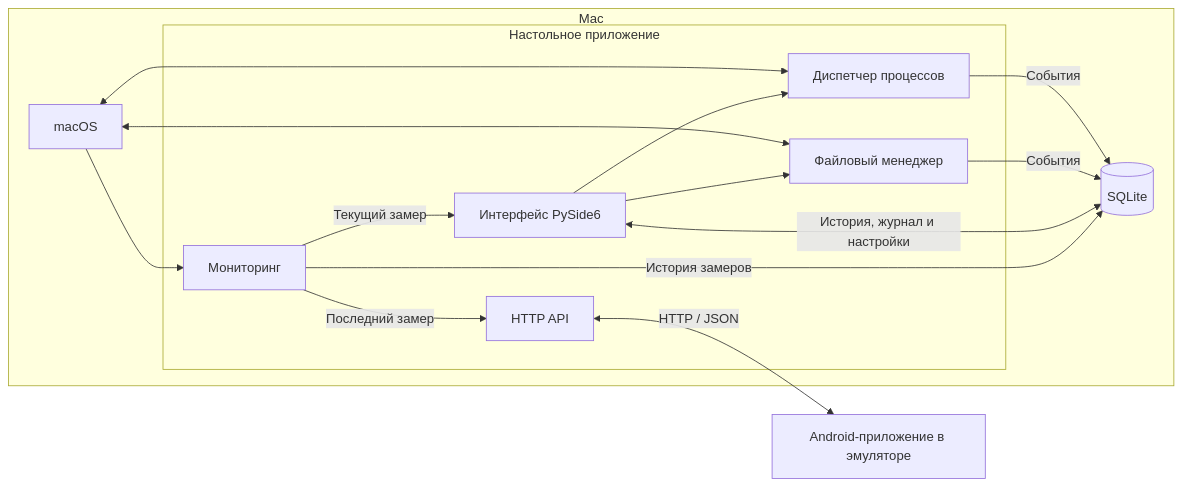
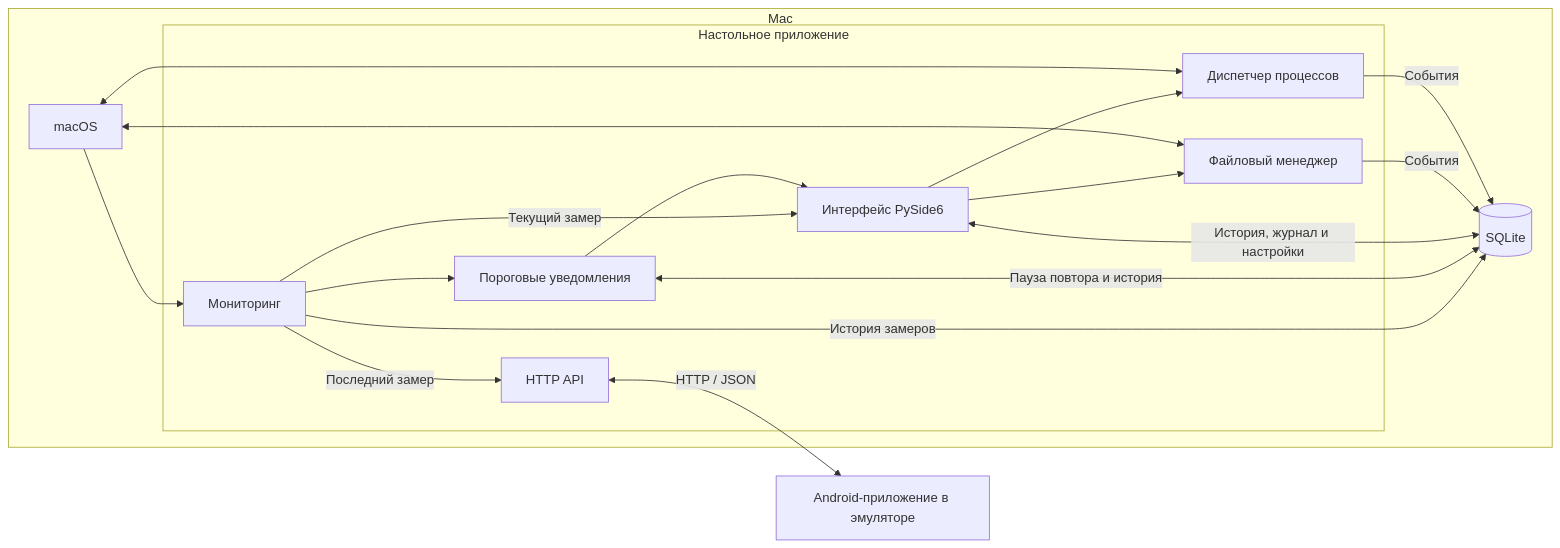
Before and after one commit to Koryza/practika-echebka: the first of 2 diagrams in docs/design.md, drawn with Mermaid. The commit also changed other lines of this file and 15 other files, not shown here.

````diff
--- a/docs/design.md
+++ b/docs/design.md
@@ -17,27 +18,31 @@
 ```mermaid
 flowchart LR
     subgraph Mac
         OS["macOS"]
         subgraph Desktop["Настольное приложение"]
             Monitor["Мониторинг"]
             UI["Интерфейс PySide6"]
             Files["Файловый менеджер"]
             Processes["Диспетчер процессов"]
+            Alerts["Пороговые уведомления"]
             API["HTTP API"]
         end
         DB[(SQLite)]
     end
     Android["Android-приложение в эмуляторе"]
     OS --> Monitor
     Monitor -->|"Текущий замер"| UI
     Monitor -->|"Последний замер"| API
     Monitor -->|"История замеров"| DB
+    Monitor --> Alerts
+    Alerts <-->|"Пауза повтора и история"| DB
+    Alerts --> UI
     UI <-->|"История, журнал и настройки"| DB
     UI --> Files
     UI --> Processes
     Files <--> OS
     Processes <--> OS
     Files -->|"События"| DB
     Processes -->|"События"| DB
     API <-->|"HTTP / JSON"| Android
 ```
````
